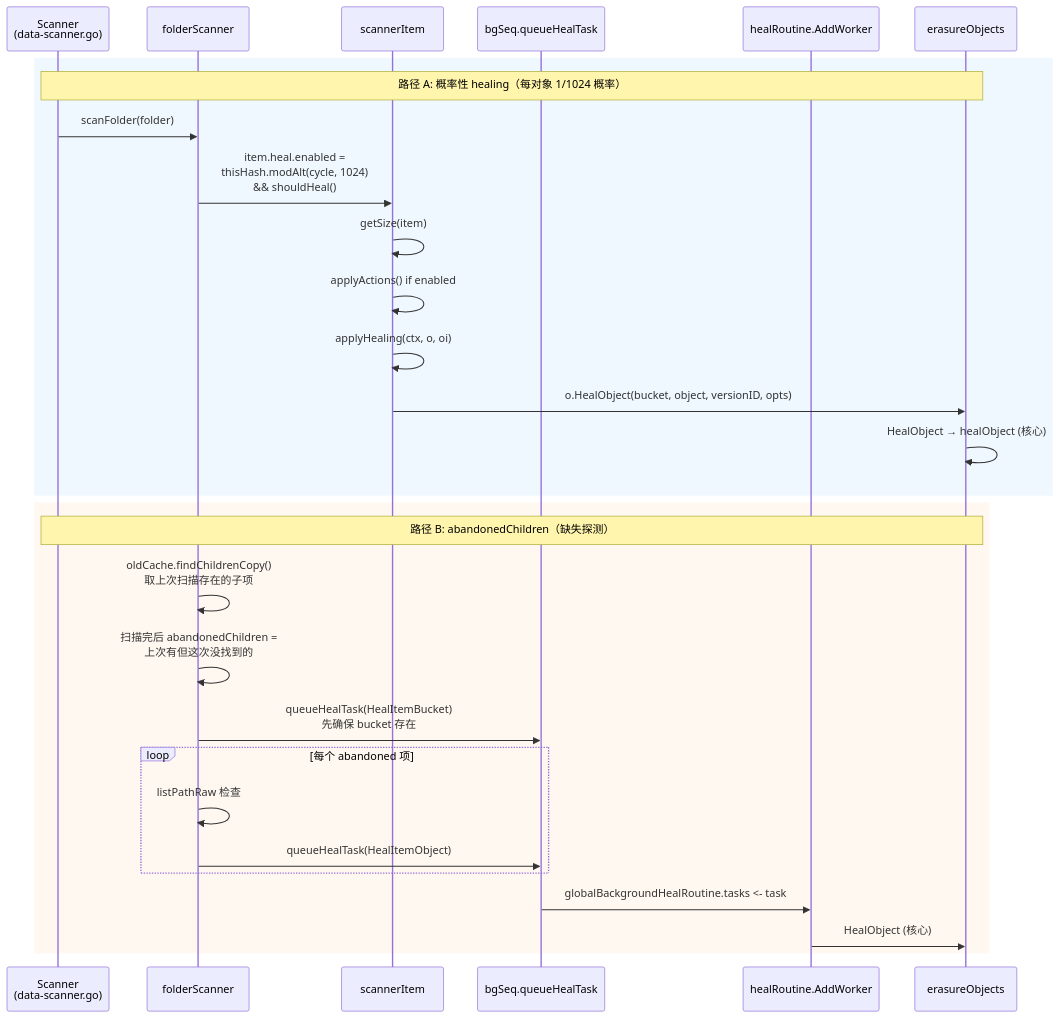
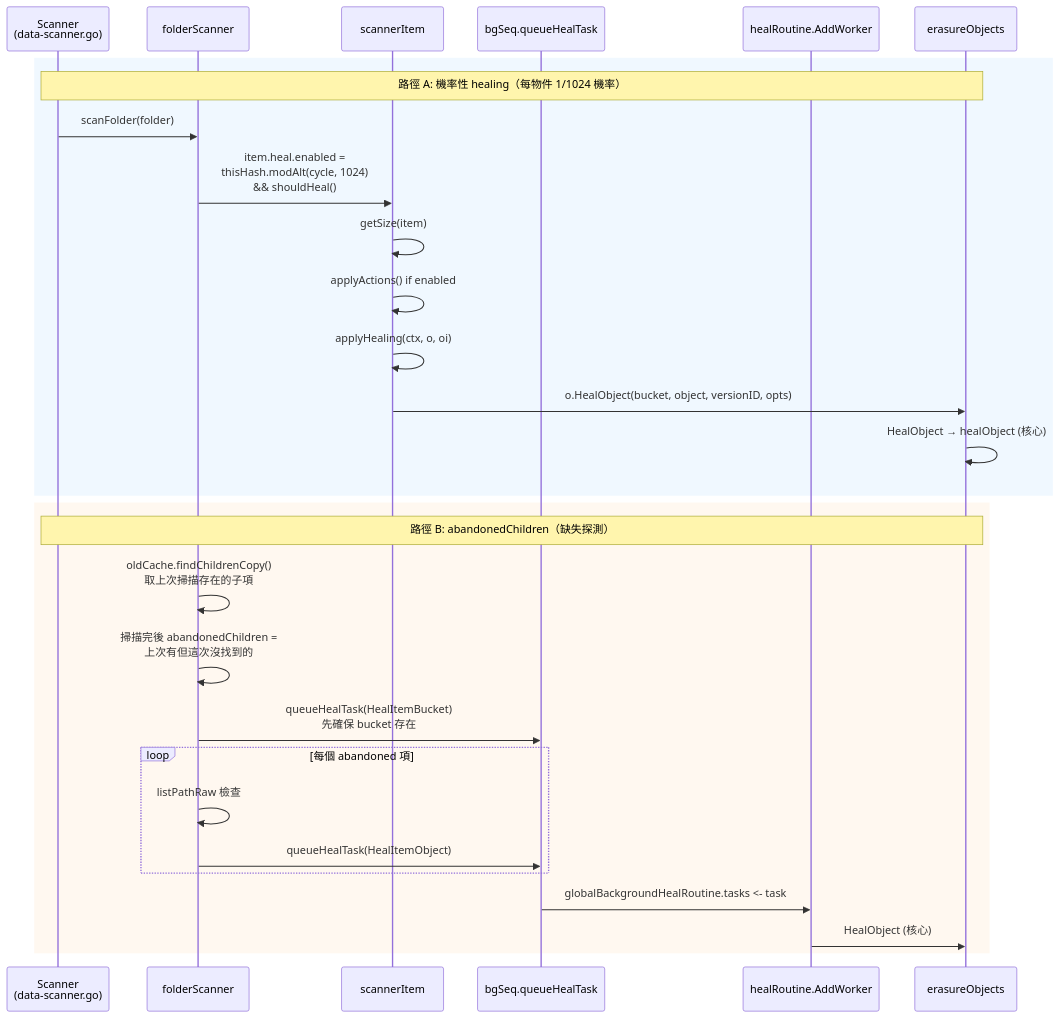
One commit to cysu01/minio changed the sixth of 6 diagrams in repo-analysis/drafts/06-module-healing.md. Above: the diagram before and after it, drawn with Mermaid. The commit also changed other lines of this file and 14 other files, not shown here.

````diff
--- a/repo-analysis/drafts/06-module-healing.md
+++ b/repo-analysis/drafts/06-module-healing.md
@@ -538,33 +538,33 @@
 ```mermaid
 sequenceDiagram
     participant Sc as Scanner<br/>(data-scanner.go)
     participant Folder as folderScanner
     participant Item as scannerItem
     participant Heal as bgSeq.queueHealTask
     participant Worker as healRoutine.AddWorker
     participant ER as erasureObjects
 
     rect rgb(240, 248, 255)
-        Note over Sc,ER: 路径 A: 概率性 healing（每对象 1/1024 概率）
+        Note over Sc,ER: 路徑 A: 機率性 healing（每物件 1/1024 機率）
         Sc->>Folder: scanFolder(folder)
         Folder->>Item: item.heal.enabled = <br/>thisHash.modAlt(cycle, 1024)<br/>&& shouldHeal()
         Item->>Item: getSize(item)
         Item->>Item: applyActions() if enabled
         Item->>Item: applyHealing(ctx, o, oi)
         Item->>ER: o.HealObject(bucket, object, versionID, opts)
         ER->>ER: HealObject → healObject (核心)
     end
 
     rect rgb(255, 248, 240)
-        Note over Sc,ER: 路径 B: abandonedChildren（缺失探测）
-        Folder->>Folder: oldCache.findChildrenCopy()<br/>取上次扫描存在的子项
-        Folder->>Folder: 扫描完后 abandonedChildren =<br/>上次有但这次没找到的
-        Folder->>Heal: queueHealTask(HealItemBucket)<br/>先确保 bucket 存在
-        loop 每个 abandoned 项
-            Folder->>Folder: listPathRaw 检查
+        Note over Sc,ER: 路徑 B: abandonedChildren（缺失探測）
+        Folder->>Folder: oldCache.findChildrenCopy()<br/>取上次掃描存在的子項
+        Folder->>Folder: 掃描完後 abandonedChildren =<br/>上次有但這次沒找到的
+        Folder->>Heal: queueHealTask(HealItemBucket)<br/>先確保 bucket 存在
+        loop 每個 abandoned 項
+            Folder->>Folder: listPathRaw 檢查
             Folder->>Heal: queueHealTask(HealItemObject)
         end
         Heal->>Worker: globalBackgroundHealRoutine.tasks <- task
         Worker->>ER: HealObject (核心)
     end
 ```
````
